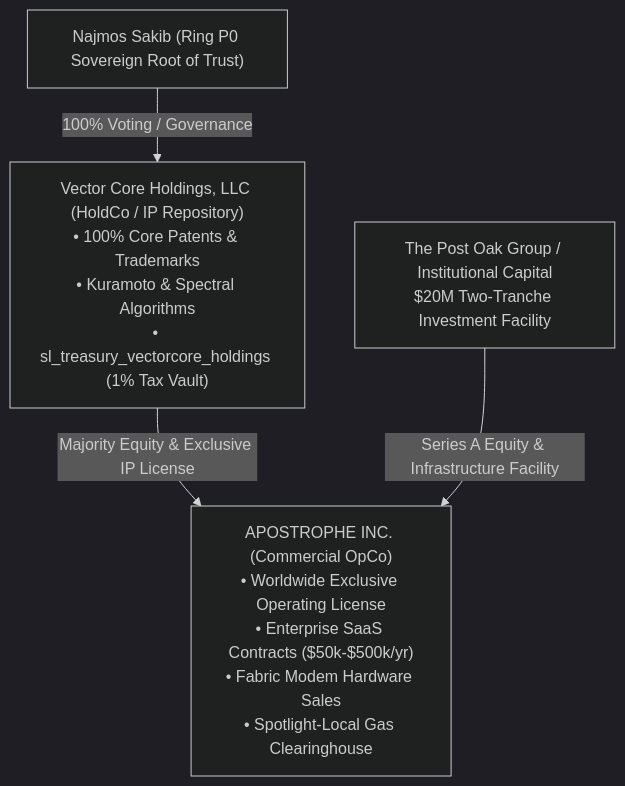
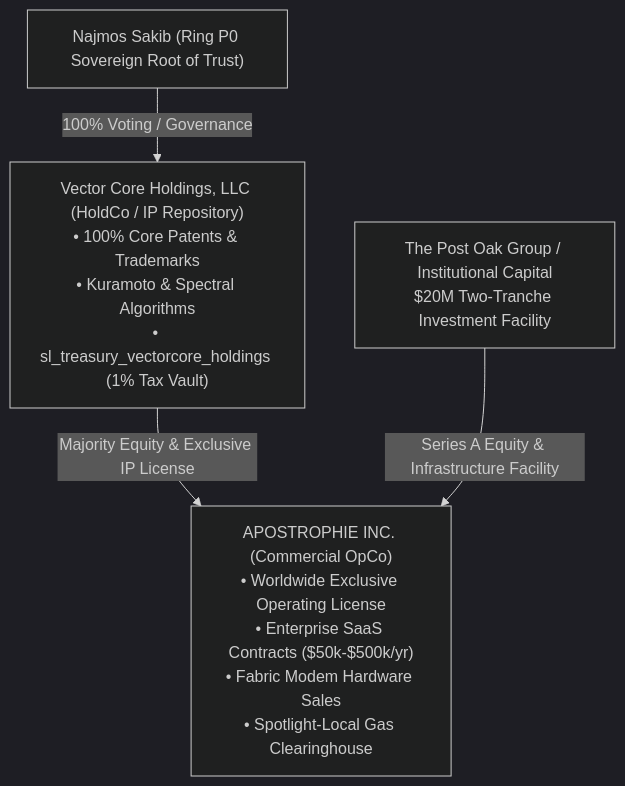
Before and after one commit to nasakib/loom-fabric: the first of 2 diagrams in docs/APOSTROPHE_UNIFIED_INSTITUTIONAL_PITCH_DECK.md, drawn with Mermaid (dark theme). The commit also changed other lines of this file and 3 other files, not shown here.

````diff
--- a/docs/APOSTROPHE_UNIFIED_INSTITUTIONAL_PITCH_DECK.md
+++ b/docs/APOSTROPHE_UNIFIED_INSTITUTIONAL_PITCH_DECK.md
@@ -34,11 +34,11 @@
 ```mermaid
 flowchart TD
     Founder["Najmos Sakib (Ring P0 Sovereign Root of Trust)"]
     HoldCo["Vector Core Holdings, LLC (HoldCo / IP Repository)<br/>• 100% Core Patents & Trademarks<br/>• Kuramoto & Spectral Algorithms<br/>• sl_treasury_vectorcore_holdings (1% Tax Vault)"]
-    OpCo["APOSTROPHE INC. (Commercial OpCo)<br/>• Worldwide Exclusive Operating License<br/>• Enterprise SaaS Contracts ($50k-$500k/yr)<br/>• Fabric Modem Hardware Sales<br/>• Spotlight-Local Gas Clearinghouse"]
+    OpCo["APOSTROPHIE INC. (Commercial OpCo)<br/>• Worldwide Exclusive Operating License<br/>• Enterprise SaaS Contracts ($50k-$500k/yr)<br/>• Fabric Modem Hardware Sales<br/>• Spotlight-Local Gas Clearinghouse"]
     Investor["The Post Oak Group / Institutional Capital<br/>$20M Two-Tranche Investment Facility"]
 
     Founder -->|100% Voting / Governance| HoldCo
     HoldCo -->|Majority Equity & Exclusive IP License| OpCo
     Investor -->|Series A Equity & Infrastructure Facility| OpCo
 ```
````
